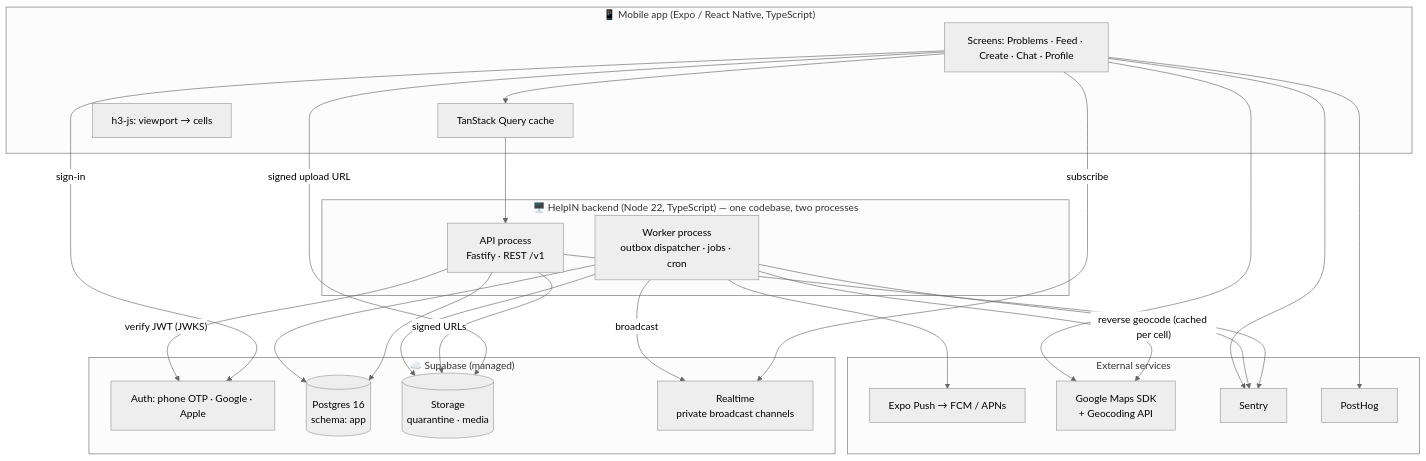
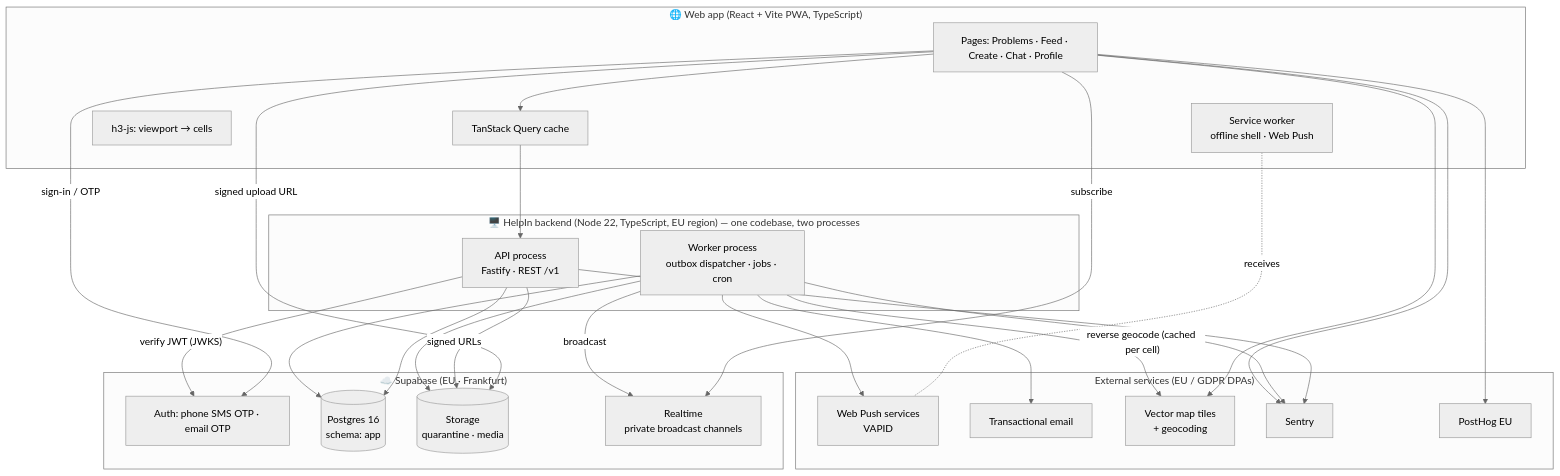
One commit to thedeepakreddy/HelpIN changed the first of 4 diagrams in docs/03-architecture.md. Above: the diagram before and after it, drawn with Mermaid (neutral theme). The commit also changed other lines of this file and 7 other files, not shown here.

First line of the commit message:
Apply founder decisions Q1-Q9: Budapest, web-first, anonymity, HelpIn

````diff
--- a/docs/03-architecture.md
+++ b/docs/03-architecture.md
@@ -29,43 +34,47 @@
 ```mermaid
 flowchart TB
-  subgraph Client["📱 Mobile app (Expo / React Native, TypeScript)"]
-    UI[Screens: Problems · Feed · Create · Chat · Profile]
+  subgraph Client["🌐 Web app (React + Vite PWA, TypeScript)"]
+    UI[Pages: Problems · Feed · Create · Chat · Profile]
     RQ[TanStack Query cache]
     H3c[h3-js: viewport → cells]
+    SW[Service worker<br/>offline shell · Web Push]
   end
 
-  subgraph Managed["☁️ Supabase (managed)"]
-    Auth[Auth: phone OTP · Google · Apple]
+  subgraph Managed["☁️ Supabase (EU · Frankfurt)"]
+    Auth[Auth: phone SMS OTP · email OTP]
     PG[(Postgres 16<br/>schema: app)]
     Store[(Storage<br/>quarantine · media)]
     RT[Realtime<br/>private broadcast channels]
   end
 
-  subgraph Backend["🖥️ HelpIN backend (Node 22, TypeScript) — one codebase, two processes"]
+  subgraph Backend["🖥️ HelpIn backend (Node 22, TypeScript, EU region) — one codebase, two processes"]
     API[API process<br/>Fastify · REST /v1]
     W[Worker process<br/>outbox dispatcher · jobs · cron]
   end
 
-  subgraph External["External services"]
-    Push[Expo Push → FCM / APNs]
-    Maps[Google Maps SDK<br/>+ Geocoding API]
+  subgraph External["External services (EU / GDPR DPAs)"]
+    Push[Web Push services<br/>VAPID]
+    Mail[Transactional email]
+    Tiles[Vector map tiles<br/>+ geocoding]
     Sentry[Sentry]
-    PH[PostHog]
+    PH[PostHog EU]
   end
 
   UI --> RQ --> API
-  UI -- "sign-in" --> Auth
+  UI -- "sign-in / OTP" --> Auth
   UI -- "signed upload URL" --> Store
   UI -- "subscribe" --> RT
+  UI --> Tiles
+  SW -. receives .- Push
   API -- "verify JWT (JWKS)" --> Auth
   API --> PG
   API -- "signed URLs" --> Store
   W --> PG
   W --> Store
   W --> Push
+  W --> Mail
   W -- "broadcast" --> RT
-  W -- "reverse geocode (cached per cell)" --> Maps
-  UI --> Maps
+  W -- "reverse geocode (cached per cell)" --> Tiles
   API & W & UI --> Sentry
   UI --> PH
 ```
````
